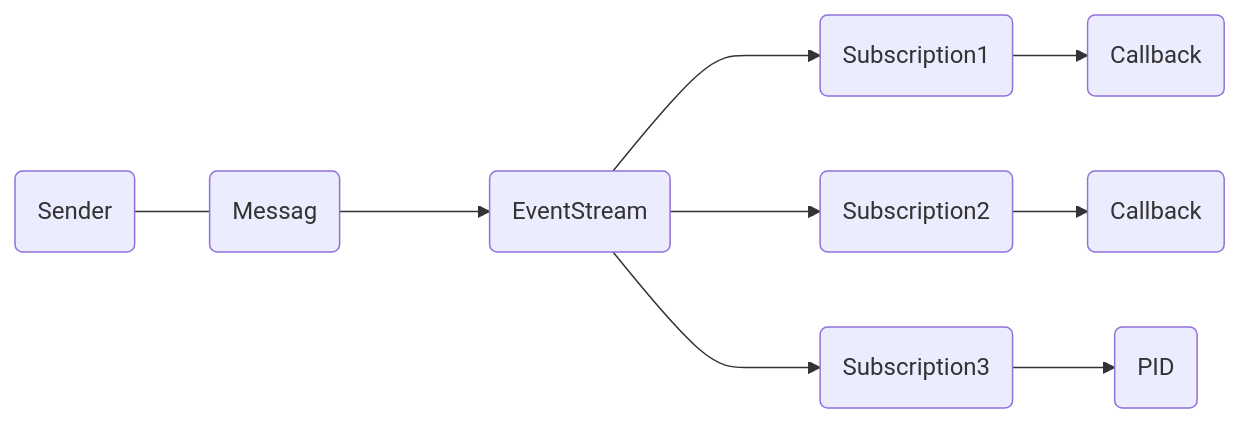
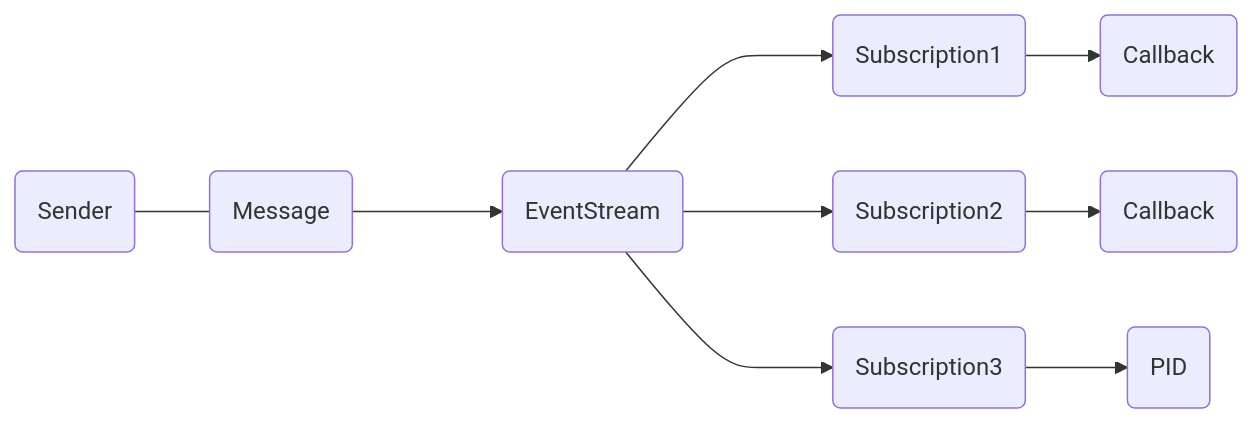
One commit to asynkron/protoactor-website changed the diagram in hugo/content/docs/eventstream.md. Above: the diagram before and after it, drawn with Mermaid. The commit also changed 9 other files, not shown here.

````diff
--- a/hugo/content/docs/eventstream.md
+++ b/hugo/content/docs/eventstream.md
@@ -10,23 +10,23 @@
 ```mermaid
     graph LR
     sender(Sender)
     class sender blue
-    message(Messag)
+    message(Message)
     class message message
     es(EventStream)
     class es blue
     sub1(Subscription1)
     class sub1 green
     sub2(Subscription2)
     class sub2 green
     sub3(Subscription3)
     class sub3 green
 
     sender---message--->es
 
     es--->sub1-->callback1(Callback)
     es--->sub2-->callback2(Callback)
     es--->sub3-->pid(PID)
 
 
 ```
````
